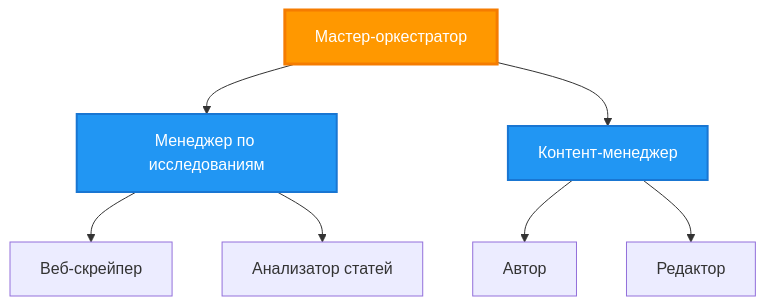
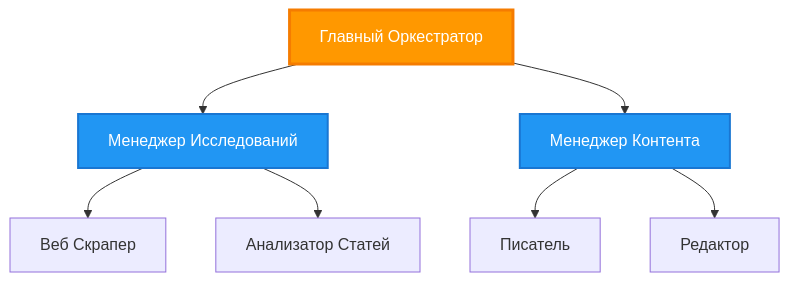
One commit to microsoft/AZD-for-beginners changed the third of 6 diagrams in translations/ru/docs/chapter-06-pre-deployment/coordination-patterns.md. Above: the diagram before and after it, drawn with Mermaid. The commit also changed other lines of this file and 101 other files, not shown here.

````diff
--- a/translations/ru/docs/chapter-06-pre-deployment/coordination-patterns.md
+++ b/translations/ru/docs/chapter-06-pre-deployment/coordination-patterns.md
@@ -149,21 +143,21 @@
 ```mermaid
 graph TB
-    Master[Мастер-оркестратор]
-    Manager1[Менеджер по исследованиям]
-    Manager2[Контент-менеджер]
-    W1[Веб-скрейпер]
-    W2[Анализатор статей]
-    W3[Автор]
+    Master[Главный Оркестратор]
+    Manager1[Менеджер Исследований]
+    Manager2[Менеджер Контента]
+    W1[Веб Скрапер]
+    W2[Анализатор Статей]
+    W3[Писатель]
     W4[Редактор]
     
     Master --> Manager1
     Master --> Manager2
     Manager1 --> W1
     Manager1 --> W2
     Manager2 --> W3
     Manager2 --> W4
     
     style Master fill:#FF9800,stroke:#F57C00,stroke-width:3px,color:#fff
     style Manager1 fill:#2196F3,stroke:#1976D2,stroke-width:2px,color:#fff
     style Manager2 fill:#2196F3,stroke:#1976D2,stroke-width:2px,color:#fff
 ```
````
